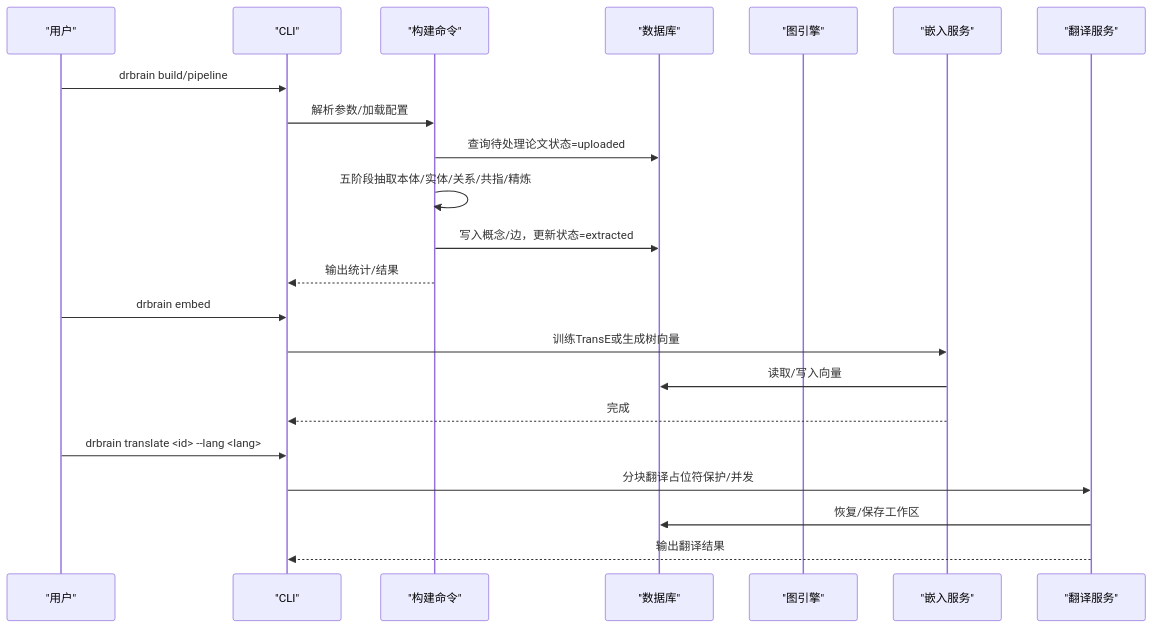
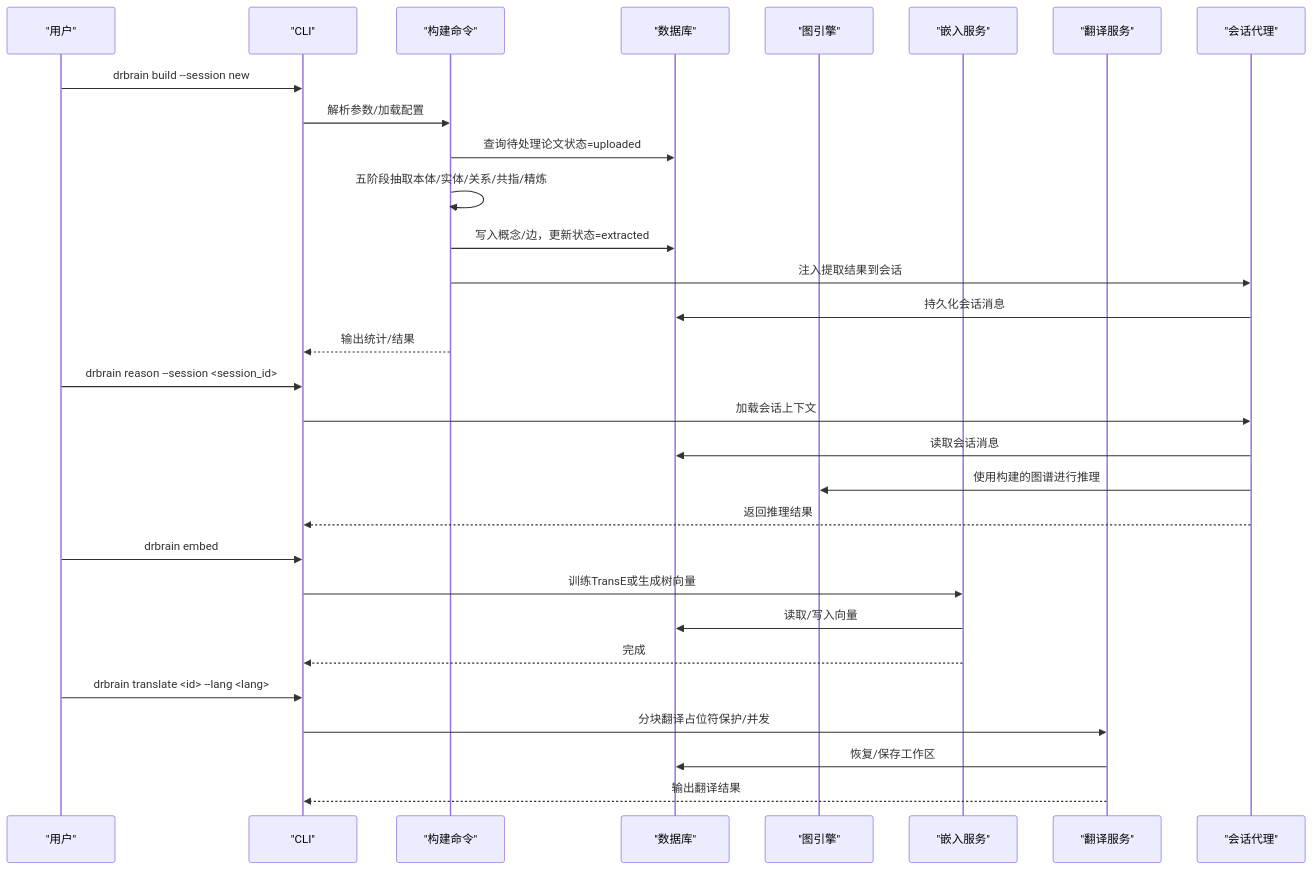
Before and after one commit to UynajGI/drbrain: the second of 6 diagrams in .qoder/repowiki/zh/content/CLI 命令参考/知识构建命令.md, drawn with Mermaid. The commit also changed other lines of this file and 7 other files, not shown here.

````diff
--- a/.qoder/repowiki/zh/content/CLI 命令参考/知识构建命令.md
+++ b/.qoder/repowiki/zh/content/CLI 命令参考/知识构建命令.md
@@ -89,24 +106,32 @@
 ```mermaid
 sequenceDiagram
 participant U as "用户"
 participant CLI as "CLI"
 participant Build as "构建命令"
 participant DB as "数据库"
 participant Graph as "图引擎"
 participant Embed as "嵌入服务"
 participant Trans as "翻译服务"
-U->>CLI : drbrain build/pipeline
+participant Session as "会话代理"
+U->>CLI : drbrain build --session new
 CLI->>Build : 解析参数/加载配置
 Build->>DB : 查询待处理论文状态=uploaded
 Build->>Build : 五阶段抽取本体/实体/关系/共指/精炼
 Build->>DB : 写入概念/边，更新状态=extracted
+Build->>Session : 注入提取结果到会话
+Session->>DB : 持久化会话消息
 Build-->>CLI : 输出统计/结果
+U->>CLI : drbrain reason --session <session_id>
+CLI->>Session : 加载会话上下文
+Session->>DB : 读取会话消息
+Session->>Graph : 使用构建的图谱进行推理
+Session-->>CLI : 返回推理结果
 U->>CLI : drbrain embed
 CLI->>Embed : 训练TransE或生成树向量
 Embed->>DB : 读取/写入向量
 Embed-->>CLI : 完成
 U->>CLI : drbrain translate <id> --lang <lang>
 CLI->>Trans : 分块翻译占位符保护/并发
 Trans->>DB : 恢复/保存工作区
 Trans-->>CLI : 输出翻译结果
 ```
````
